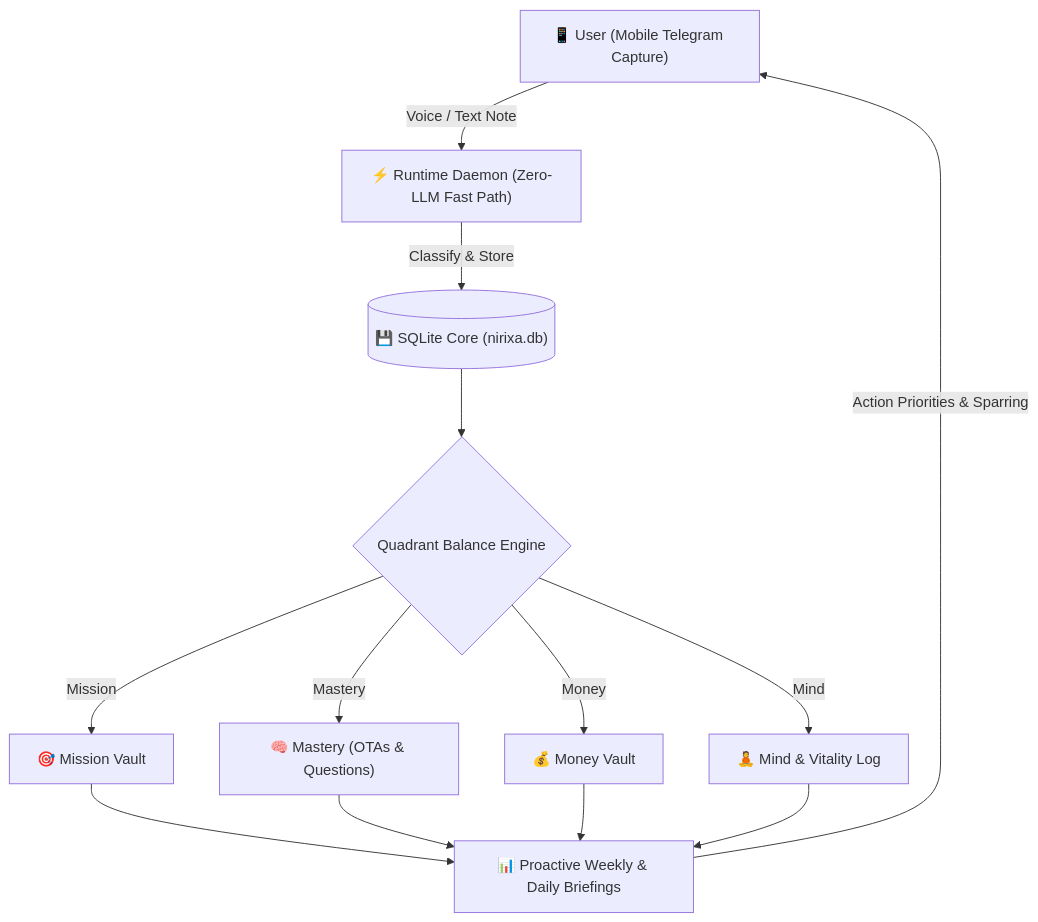
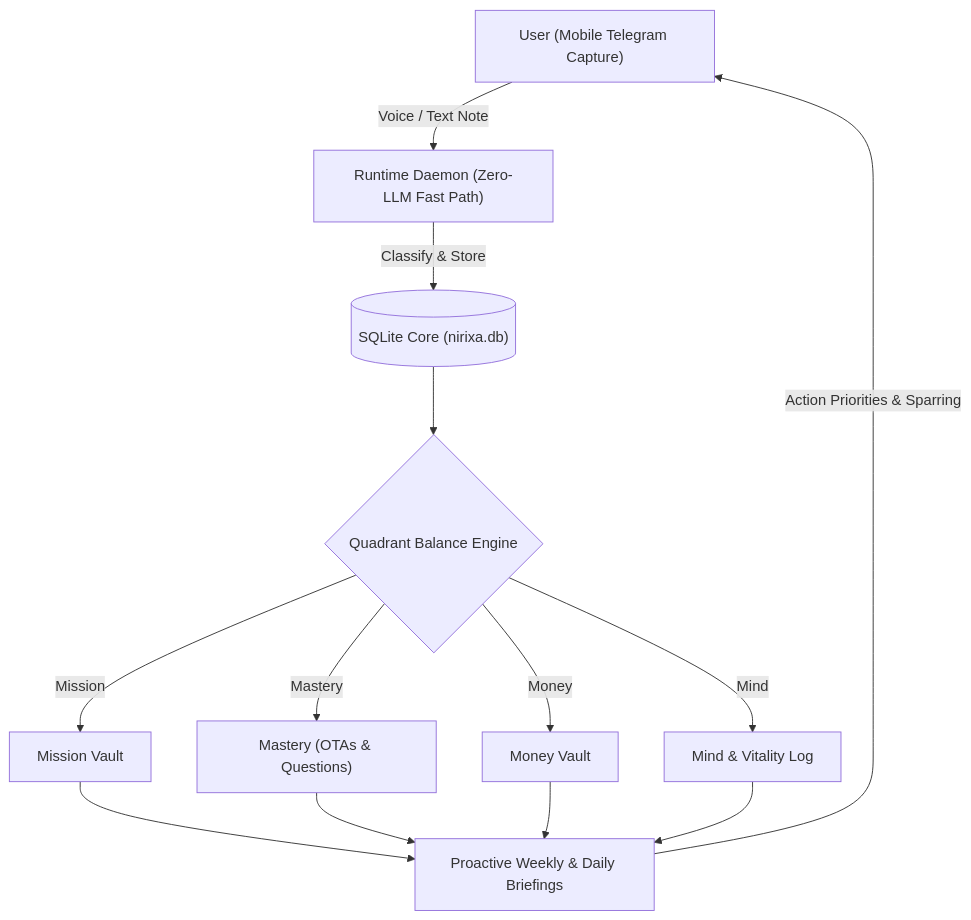
Before and after one commit to Monish-Nallagondalla/Nirixa: the diagram in docs/PERSONAL_COMPASS.md, drawn with Mermaid. The commit also changed other lines of this file and 40 other files, not shown here.

````diff
--- a/docs/PERSONAL_COMPASS.md
+++ b/docs/PERSONAL_COMPASS.md
@@ -48,13 +48,13 @@
 ```mermaid
 graph TD
-    User["📱 User (Mobile Telegram Capture)"] -->|"Voice / Text Note"| Daemon["⚡ Runtime Daemon (Zero-LLM Fast Path)"]
-    Daemon -->|"Classify & Store"| DB[("💾 SQLite Core (nirixa.db)")]
-    DB --> QuadrantCheck{"Quadrant Balance Engine"}
-    QuadrantCheck -->|"Mission"| Q1["🎯 Mission Vault"]
-    QuadrantCheck -->|"Mastery"| Q2["🧠 Mastery (OTAs & Questions)"]
-    QuadrantCheck -->|"Money"| Q3["💰 Money Vault"]
-    QuadrantCheck -->|"Mind"| Q4["🧘 Mind & Vitality Log"]
-    
-    Q1 & Q2 & Q3 & Q4 --> Briefing["📊 Proactive Weekly & Daily Briefings"]
-    Briefing -->|"Action Priorities & Sparring"| User
+User[" User (Mobile Telegram Capture)"] -->|"Voice / Text Note"| Daemon[" Runtime Daemon (Zero-LLM Fast Path)"]
+Daemon -->|"Classify & Store"| DB[(" SQLite Core (nirixa.db)")]
+DB --> QuadrantCheck{"Quadrant Balance Engine"}
+QuadrantCheck -->|"Mission"| Q1[" Mission Vault"]
+QuadrantCheck -->|"Mastery"| Q2[" Mastery (OTAs & Questions)"]
+QuadrantCheck -->|"Money"| Q3[" Money Vault"]
+QuadrantCheck -->|"Mind"| Q4[" Mind & Vitality Log"]
+
+Q1 & Q2 & Q3 & Q4 --> Briefing[" Proactive Weekly & Daily Briefings"]
+Briefing -->|"Action Priorities & Sparring"| User
 ```
````
